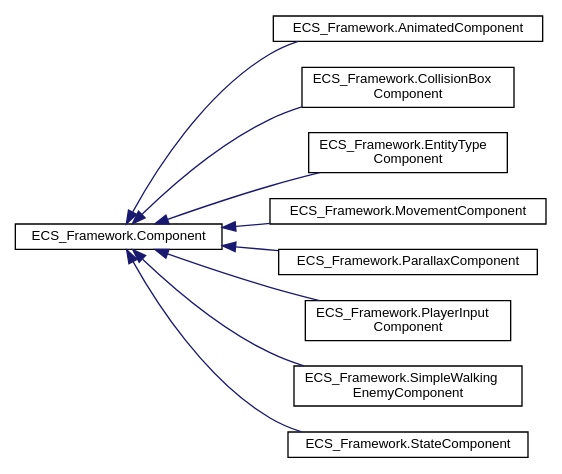
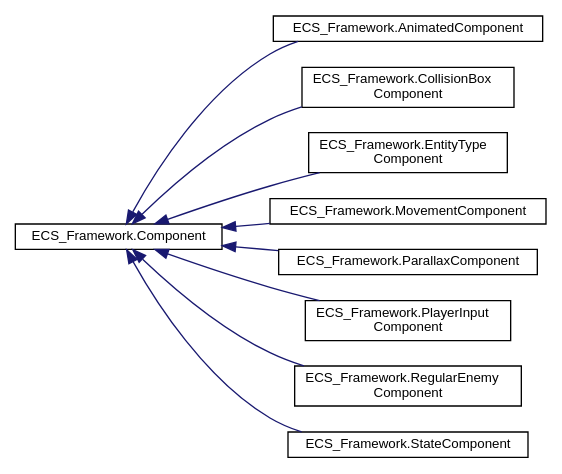
The diagram in docs/inherit_graph_1.dot (DreamyStranger/MonoGame-Platformer), drawn with Graphviz before and after one commit. The commit also changed 168 other files, not shown here.

```diff
--- a/docs/inherit_graph_1.dot
+++ b/docs/inherit_graph_1.dot
@@ -1,24 +1,24 @@
 digraph "Graphical Class Hierarchy"
 {
  // LATEX_PDF_SIZE
   edge [fontname="Helvetica",fontsize="10",labelfontname="Helvetica",labelfontsize="10"];
   node [fontname="Helvetica",fontsize="10",shape=record];
   rankdir="LR";
   Node0 [label="ECS_Framework.Component",height=0.2,width=0.4,color="black", fillcolor="white", style="filled",URL="$classECS__Framework_1_1Component.html",tooltip="The base class for all components."];
   Node0 -> Node1 [dir="back",color="midnightblue",fontsize="10",style="solid",fontname="Helvetica"];
   Node1 [label="ECS_Framework.AnimatedComponent",height=0.2,width=0.4,color="black", fillcolor="white", style="filled",URL="$classECS__Framework_1_1AnimatedComponent.html",tooltip="Component responsible for managing entity animations."];
   Node0 -> Node2 [dir="back",color="midnightblue",fontsize="10",style="solid",fontname="Helvetica"];
   Node2 [label="ECS_Framework.CollisionBox\lComponent",height=0.2,width=0.4,color="black", fillcolor="white", style="filled",URL="$classECS__Framework_1_1CollisionBoxComponent.html",tooltip="Component that contains data and methods related to collision box of an entity in the game."];
   Node0 -> Node3 [dir="back",color="midnightblue",fontsize="10",style="solid",fontname="Helvetica"];
   Node3 [label="ECS_Framework.EntityType\lComponent",height=0.2,width=0.4,color="black", fillcolor="white", style="filled",URL="$classECS__Framework_1_1EntityTypeComponent.html",tooltip="Component that holds an entity type identifier for classification and management purposes."];
   Node0 -> Node4 [dir="back",color="midnightblue",fontsize="10",style="solid",fontname="Helvetica"];
   Node4 [label="ECS_Framework.MovementComponent",height=0.2,width=0.4,color="black", fillcolor="white", style="filled",URL="$classECS__Framework_1_1MovementComponent.html",tooltip="Component that contains data related to the motion of an entity in the game."];
   Node0 -> Node5 [dir="back",color="midnightblue",fontsize="10",style="solid",fontname="Helvetica"];
   Node5 [label="ECS_Framework.ParallaxComponent",height=0.2,width=0.4,color="black", fillcolor="white", style="filled",URL="$classECS__Framework_1_1ParallaxComponent.html",tooltip="Component that contains data and methods neccessary for a parallax effect for a 2D sprite."];
   Node0 -> Node6 [dir="back",color="midnightblue",fontsize="10",style="solid",fontname="Helvetica"];
   Node6 [label="ECS_Framework.PlayerInput\lComponent",height=0.2,width=0.4,color="black", fillcolor="white", style="filled",URL="$classECS__Framework_1_1PlayerInputComponent.html",tooltip="Component representing the input state of the player entity."];
   Node0 -> Node7 [dir="back",color="midnightblue",fontsize="10",style="solid",fontname="Helvetica"];
-  Node7 [label="ECS_Framework.SimpleWalking\lEnemyComponent",height=0.2,width=0.4,color="black", fillcolor="white", style="filled",URL="$classECS__Framework_1_1SimpleWalkingEnemyComponent.html",tooltip="Component representing the movement state of a simple walking enemy entity."];
+  Node7 [label="ECS_Framework.RegularEnemy\lComponent",height=0.2,width=0.4,color="black", fillcolor="white", style="filled",URL="$classECS__Framework_1_1RegularEnemyComponent.html",tooltip="Component representing the movement state of a simple walking enemy entity."];
   Node0 -> Node8 [dir="back",color="midnightblue",fontsize="10",style="solid",fontname="Helvetica"];
   Node8 [label="ECS_Framework.StateComponent",height=0.2,width=0.4,color="black", fillcolor="white", style="filled",URL="$classECS__Framework_1_1StateComponent.html",tooltip="Component that stores the current state and super state of an object, as well as its state ID,..."];
 }
```
